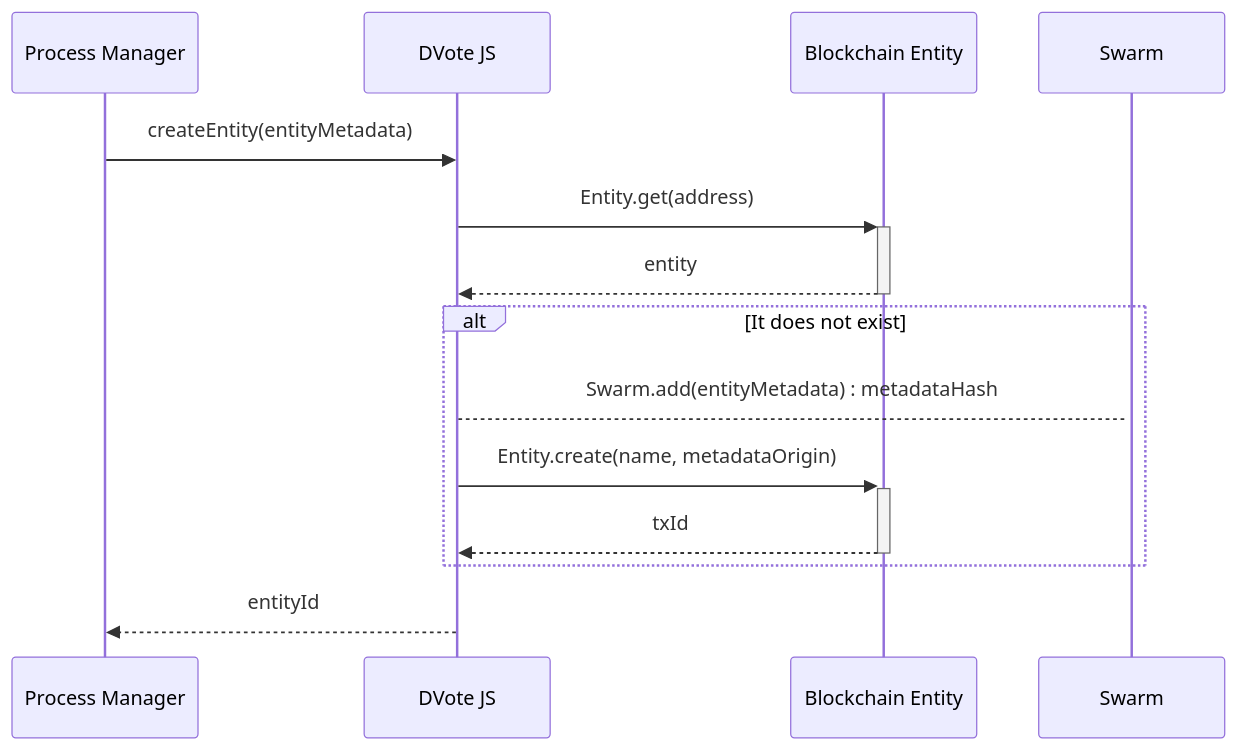
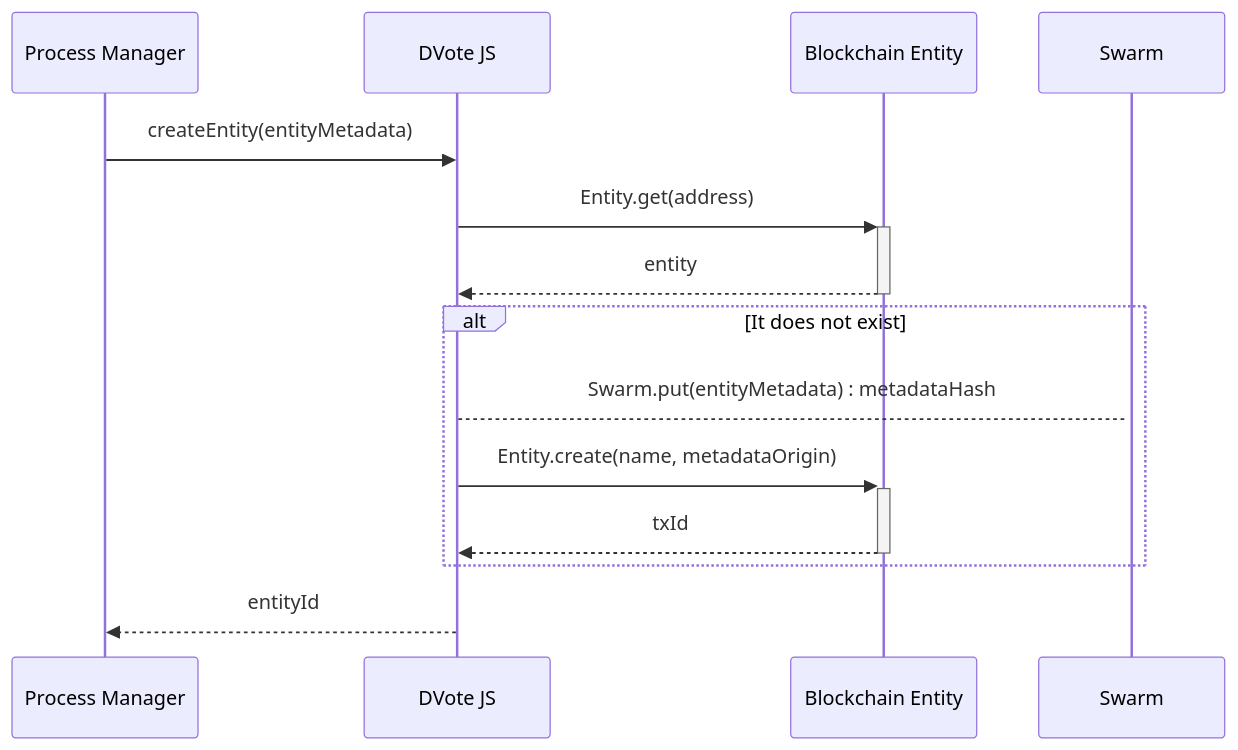
The third of 7 diagrams in docs/protocol/sequence-diagrams.md (vocdoni/docs), drawn with Mermaid before and after one commit. The commit also changed other lines of this file and 8 other files, not shown here.

````diff
--- a/docs/protocol/sequence-diagrams.md
+++ b/docs/protocol/sequence-diagrams.md
@@ -30,21 +30,21 @@
 ```mermaid
 sequenceDiagram
     participant PM as Process Manager
     participant DV as DVote JS
     participant BE as Blockchain Entity
     participant S as Swarm
 
     PM->>DV: createEntity(entityMetadata)
 
         DV->>+BE: Entity.get(address)
         BE-->>-DV: entity
 
         Alt It does not exist
-            DV-->+S: Swarm.add(entityMetadata) : metadataHash
+            DV-->+S: Swarm.put(entityMetadata) : metadataHash
 
             DV->>+BE: Entity.create(name, metadataOrigin)
             BE-->>-DV: txId
         end
 
     DV-->>PM: entityId
 ```
````
